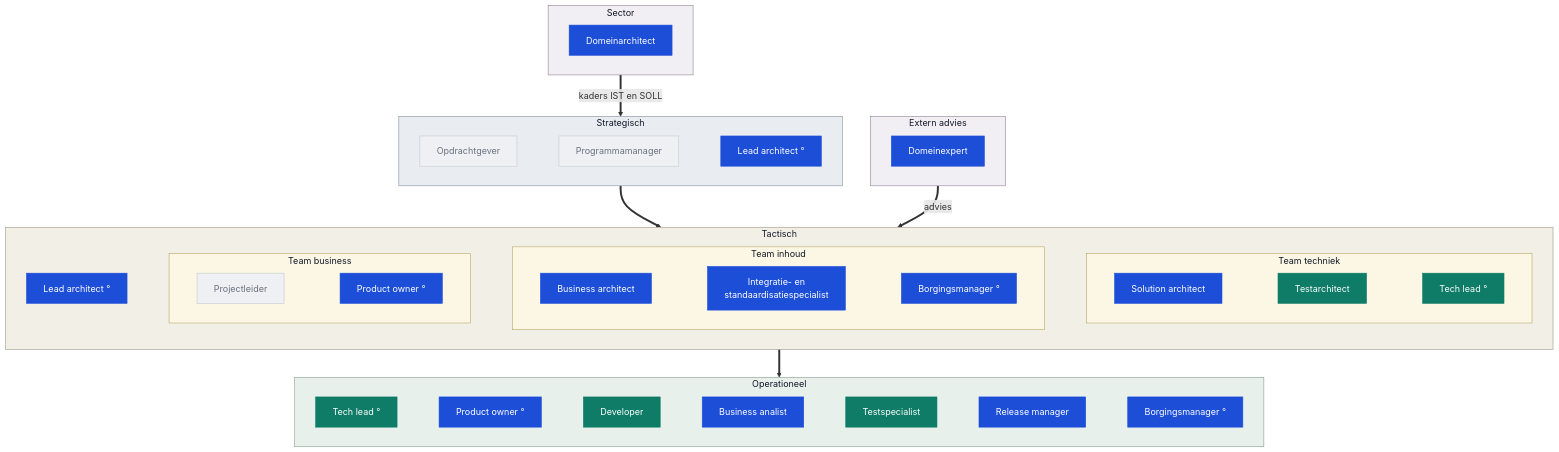
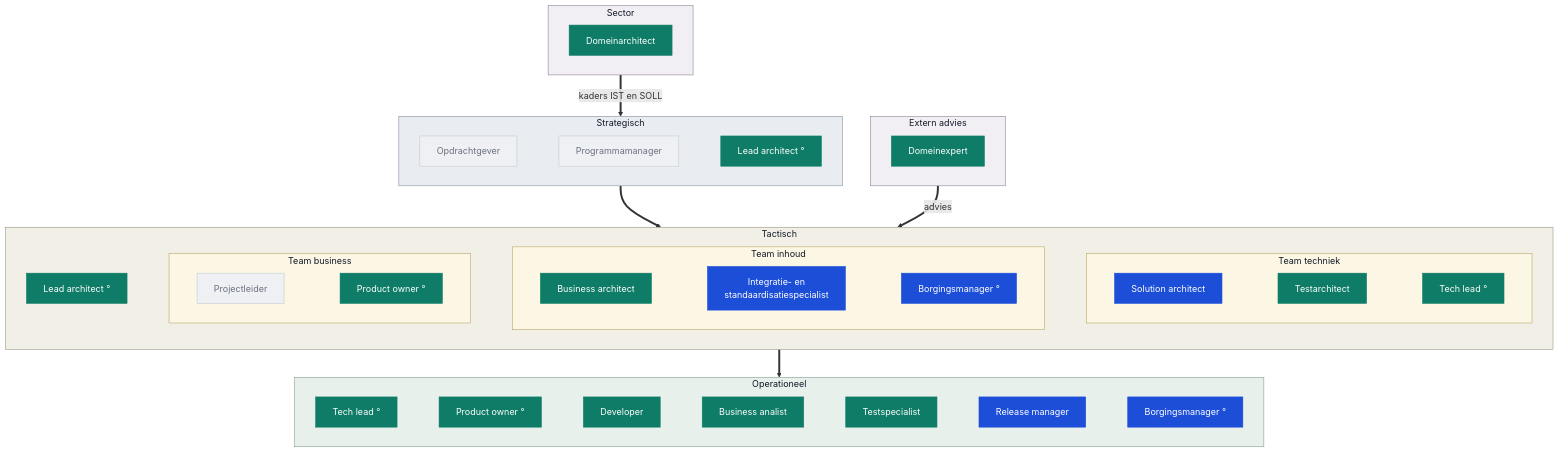
The third of 6 diagrams in presentaties/src/260903_rollen.md (Npuls-OKx/meta), drawn with Mermaid before and after one commit. The commit also changed other lines of this file and 2 other files, not shown here.

Commit message:
Alleen begrippenkader, specificatie en release blauw
Slide 7: blauw is nu wat stakeholders werkelijk herkennen en vragen, het
begrippenkader met de OEAPI-mapping, de koppelvlakspecificaties en de release.
Al het andere is groen: sectorkader, architectuurprincipes, hoofdplaat,
kaderscenario's, requirementsboom, productbacklog, toetsen en de harness. Lijn
van kaderscenario's en persona's naar het begrippenkader toegevoegd.

Slide 8 volgt dezelfde verdeling in de rollen, en de twee tekstblokken zijn
daarop aangepast zodat kleur en tekst weer hetzelfde zeggen.

Relateert aan: #210

Claude-Session: https://claude.ai/code/session_01LtVfjMv5qrHjBTMhWK9Q5f

````diff
--- a/presentaties/src/260903_rollen.md
+++ b/presentaties/src/260903_rollen.md
@@ -335,69 +336,69 @@
 ```mermaid
 flowchart TB
   subgraph EX["Extern advies"]
     direction LR
     DE["Domeinexpert"]
   end
   subgraph SEC["Sector"]
     direction LR
     DA["Domeinarchitect"]
   end
   subgraph S["Strategisch"]
     direction LR
     OG["Opdrachtgever"] ~~~ PM["Programmamanager"] ~~~ LA1["Lead architect °"]
   end
   subgraph T["Tactisch"]
     direction LR
     LA2["Lead architect °"]
     subgraph TB2["Team business"]
       direction LR
       PL["Projectleider"] ~~~ PO1["Product owner °"]
     end
     subgraph TI["Team inhoud"]
       direction LR
       BAR["Business architect"] ~~~ IS["Integratie- en<br/>standaardisatiespecialist"] ~~~ BM1["Borgingsmanager °"]
     end
     subgraph TT["Team techniek"]
       direction LR
       SA["Solution architect"] ~~~ TA["Testarchitect"] ~~~ TL1["Tech lead °"]
     end
     LA2 ~~~ TB2 ~~~ TI ~~~ TT
   end
   subgraph O["Operationeel"]
     direction LR
     TL2["Tech lead °"] ~~~ PO2["Product owner °"] ~~~ DEV["Developer"] ~~~ BA["Business analist"] ~~~ TE["Testspecialist"] ~~~ RM["Release manager"] ~~~ BM2["Borgingsmanager °"]
   end
   S ==> T
   T ==> O
   EX ==>|advies| T
   SEC ==>|kaders IST en SOLL| S
   style TB2 fill:#fbf7e4,stroke:#b3a55f,color:#111827
   style TI fill:#fbf7e4,stroke:#b3a55f,color:#111827
   style TT fill:#fbf7e4,stroke:#b3a55f,color:#111827
   style EX fill:#f2eff4,stroke:#8c7e94,color:#111827
   style SEC fill:#f2eff4,stroke:#8c7e94,color:#111827
   style S fill:#e9edf2,stroke:#7d8a99,color:#111827
   style T fill:#f2efe7,stroke:#9a9280,color:#111827
   style O fill:#e8f0ec,stroke:#7f9a8c,color:#111827
-  style LA1 fill:#1D4ED8,stroke:#1D4ED8,color:#ffffff
-  style LA2 fill:#1D4ED8,stroke:#1D4ED8,color:#ffffff
-  style BAR fill:#1D4ED8,stroke:#1D4ED8,color:#ffffff
   style IS fill:#1D4ED8,stroke:#1D4ED8,color:#ffffff
   style SA fill:#1D4ED8,stroke:#1D4ED8,color:#ffffff
-  style PO1 fill:#1D4ED8,stroke:#1D4ED8,color:#ffffff
-  style PO2 fill:#1D4ED8,stroke:#1D4ED8,color:#ffffff
-  style BA fill:#1D4ED8,stroke:#1D4ED8,color:#ffffff
   style RM fill:#1D4ED8,stroke:#1D4ED8,color:#ffffff
   style BM1 fill:#1D4ED8,stroke:#1D4ED8,color:#ffffff
   style BM2 fill:#1D4ED8,stroke:#1D4ED8,color:#ffffff
-  style DA fill:#1D4ED8,stroke:#1D4ED8,color:#ffffff
-  style DE fill:#1D4ED8,stroke:#1D4ED8,color:#ffffff
+  style DA fill:#0E7C66,stroke:#0E7C66,color:#ffffff
+  style LA1 fill:#0E7C66,stroke:#0E7C66,color:#ffffff
+  style LA2 fill:#0E7C66,stroke:#0E7C66,color:#ffffff
+  style BAR fill:#0E7C66,stroke:#0E7C66,color:#ffffff
+  style BA fill:#0E7C66,stroke:#0E7C66,color:#ffffff
+  style PO1 fill:#0E7C66,stroke:#0E7C66,color:#ffffff
+  style PO2 fill:#0E7C66,stroke:#0E7C66,color:#ffffff
+  style TA fill:#0E7C66,stroke:#0E7C66,color:#ffffff
+  style TE fill:#0E7C66,stroke:#0E7C66,color:#ffffff
   style TL1 fill:#0E7C66,stroke:#0E7C66,color:#ffffff
   style TL2 fill:#0E7C66,stroke:#0E7C66,color:#ffffff
   style DEV fill:#0E7C66,stroke:#0E7C66,color:#ffffff
-  style TA fill:#0E7C66,stroke:#0E7C66,color:#ffffff
-  style TE fill:#0E7C66,stroke:#0E7C66,color:#ffffff
+  style DE fill:#0E7C66,stroke:#0E7C66,color:#ffffff
   style OG fill:#eef0f3,stroke:#c2c8d0,color:#6b7280
   style PM fill:#eef0f3,stroke:#c2c8d0,color:#6b7280
   style PL fill:#eef0f3,stroke:#c2c8d0,color:#6b7280
 ```
````
